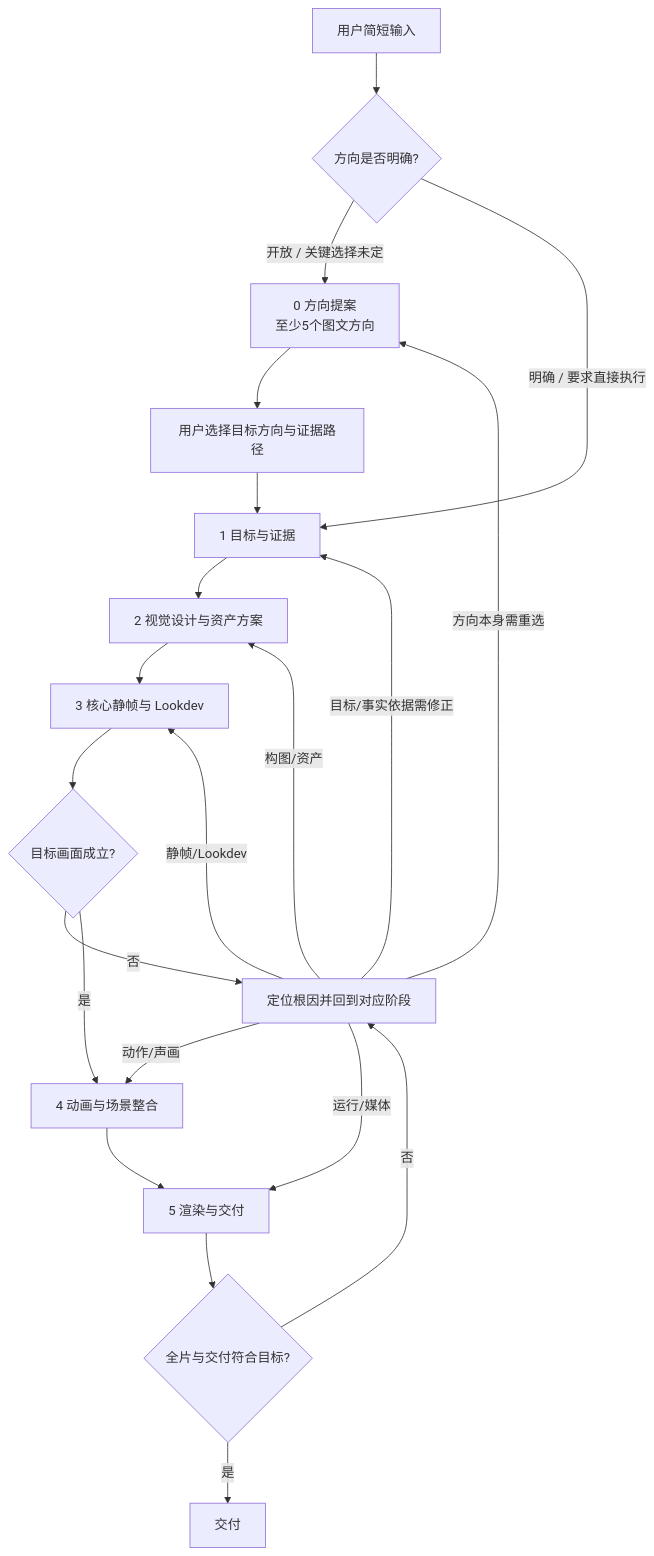
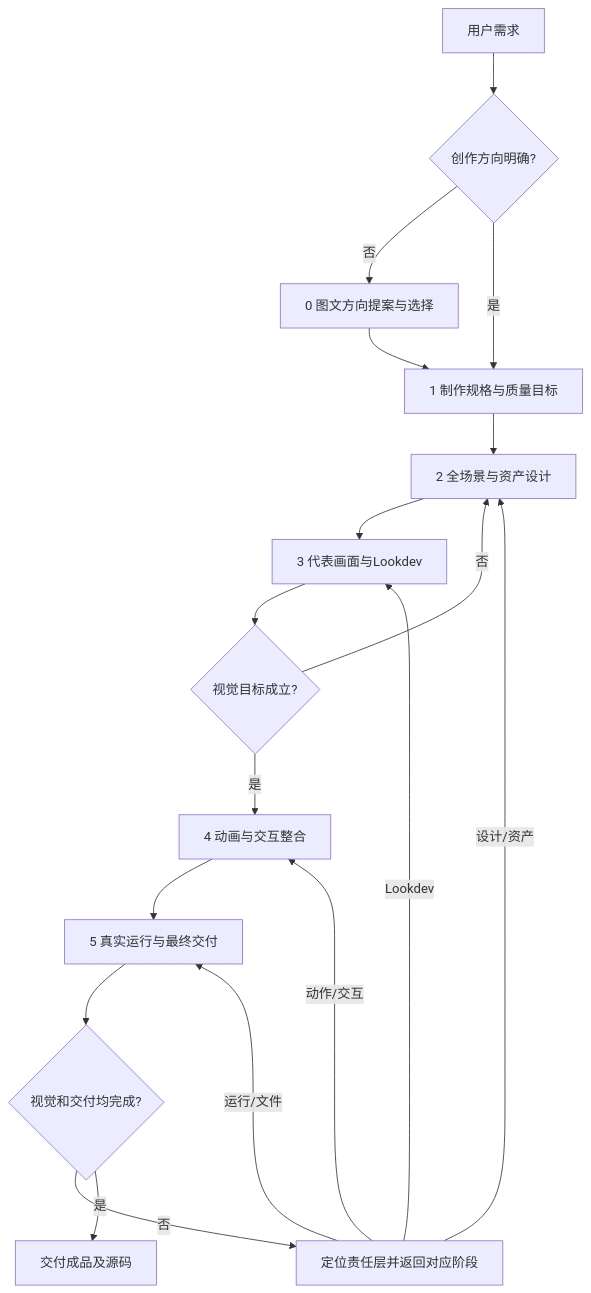
The diagram in SKILL.md (keycasiter/threejs-anime-short), drawn with Mermaid before and after one commit. The commit also changed other lines of this file and 10 other files, not shown here.

````diff
--- a/SKILL.md
+++ b/SKILL.md
@@ -32,23 +28,20 @@
 ```mermaid
 flowchart TD
-  A[用户简短输入] --> B{方向是否明确?}
-  B -- 开放 / 关键选择未定 --> C[0 方向提案<br/>至少5个图文方向]
-  B -- 明确 / 要求直接执行 --> D[1 目标与证据]
-  C --> E[用户选择目标方向与证据路径]
-  E --> D
-  D --> F[2 视觉设计与资产方案]
-  F --> G[3 核心静帧与 Lookdev]
-  G --> H{目标画面成立?}
-  H -- 否 --> X[定位根因并回到对应阶段]
-  H -- 是 --> I[4 动画与场景整合]
-  I --> J[5 渲染与交付]
-  J --> K{全片与交付符合目标?}
-  K -- 否 --> X
-  K -- 是 --> L[交付]
-  X -->|方向本身需重选| C
-  X -->|目标/事实依据需修正| D
-  X -->|构图/资产| F
-  X -->|静帧/Lookdev| G
-  X -->|动作/声画| I
-  X -->|运行/媒体| J
+  A[用户需求] --> B{创作方向明确?}
+  B -- 否 --> C[0 图文方向提案与选择]
+  B -- 是 --> D[1 制作规格与质量目标]
+  C --> D
+  D --> E[2 全场景与资产设计]
+  E --> F[3 代表画面与Lookdev]
+  F --> G{视觉目标成立?}
+  G -- 否 --> E
+  G -- 是 --> H[4 动画与交互整合]
+  H --> I[5 真实运行与最终交付]
+  I --> J{视觉和交付均完成?}
+  J -- 否 --> K[定位责任层并返回对应阶段]
+  K -->|设计/资产| E
+  K -->|Lookdev| F
+  K -->|动作/交互| H
+  K -->|运行/文件| I
+  J -- 是 --> L[交付成品及源码]
 ```
````
